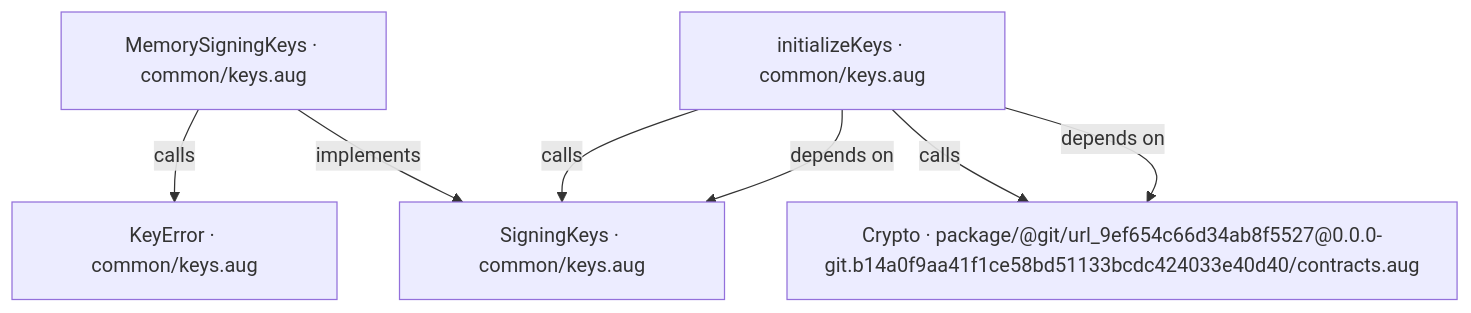
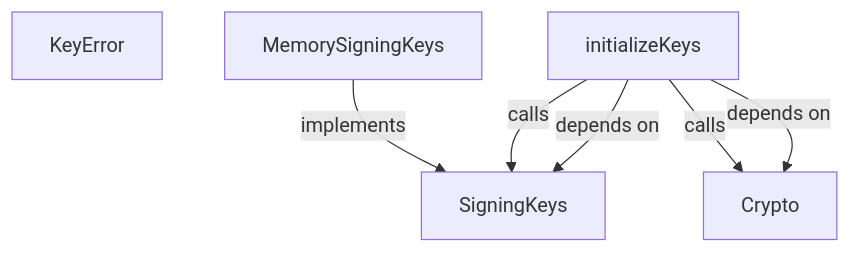
The first of 7 diagrams in docs/examples/oidc-login/common/keys-diagrams.md (GreenPandaStudios/augscript), drawn with Mermaid before and after one commit. The commit also changed other lines of this file and 524 other files, not shown here.

Commit message:
Explain checked data flow at folder and service levels

````diff
--- a/docs/examples/oidc-login/common/keys-diagrams.md
+++ b/docs/examples/oidc-login/common/keys-diagrams.md
@@ -19,14 +19,13 @@
 ```mermaid
 flowchart TD
-    n0["KeyError · common/keys.aug"]
-    n1["MemorySigningKeys · common/keys.aug"]
-    n2["SigningKeys · common/keys.aug"]
-    n3["initializeKeys · common/keys.aug"]
-    n4["Crypto · package/@git/url_9ef654c66d34ab8f5527@0.0.0-git.b14a0f9aa41f1ce58bd51133bcdc424033e40d40/contracts.aug"]
-    n1 -->|"calls"| n0
+    n0["KeyError"]
+    n1["MemorySigningKeys"]
+    n2["SigningKeys"]
+    n3["initializeKeys"]
+    n4["Crypto"]
     n1 -->|"implements"| n2
     n3 -->|"calls"| n2
     n3 -->|"depends on"| n2
     n3 -->|"calls"| n4
     n3 -->|"depends on"| n4
 ```
````
